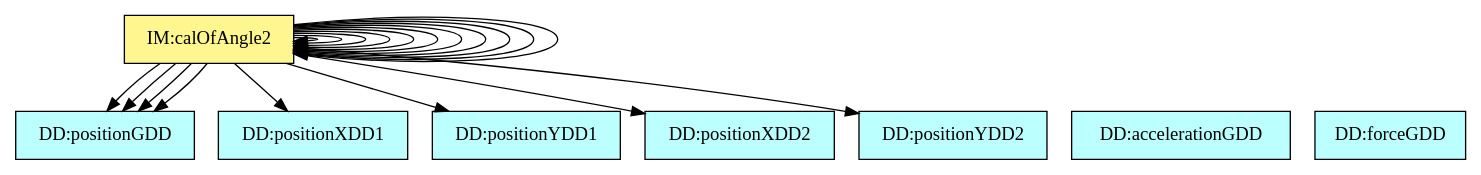
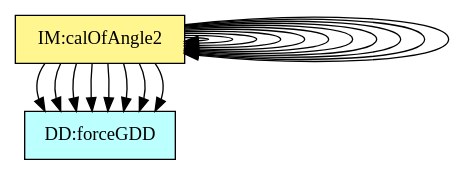
Before and after one commit to JacquesCarette/Drasil: the diagram in code/stable/dblpend/TraceyGraph/refvsref.dot, drawn with Graphviz. The commit also changed 46 other files, not shown here.

Commit message:
#2873 : Change UIDs of DataDefinitions, force them to be added to the Term_Cache_ too.

```diff
--- a/code/stable/dblpend/TraceyGraph/refvsref.dot
+++ b/code/stable/dblpend/TraceyGraph/refvsref.dot
@@ -1,71 +1,71 @@
 digraph refvsref {
-	theory:v_x1 -> velocity;
-	theory:v_x1 -> p_x1;
-	theory:v_y1 -> velocity;
-	theory:v_y1 -> p_y1;
-	theory:v_x2 -> velocity;
-	theory:v_x2 -> p_x2;
-	theory:v_y2 -> velocity;
-	theory:v_y2 -> p_y2;
+	theory:v_x1 -> dataDefn:velocity;
+	theory:v_x1 -> dataDefn:p_x1;
+	theory:v_y1 -> dataDefn:velocity;
+	theory:v_y1 -> dataDefn:p_y1;
+	theory:v_x2 -> dataDefn:velocity;
+	theory:v_x2 -> dataDefn:p_x2;
+	theory:v_y2 -> dataDefn:velocity;
+	theory:v_y2 -> dataDefn:p_y2;
 	theory:angleIM1 -> theory:angleIM2;
 	theory:angleIM2 -> theory:a_x1;
 	theory:angleIM2 -> theory:a_y1;
 	theory:angleIM2 -> theory:a_x2;
 	theory:angleIM2 -> theory:a_y2;
 	theory:angleIM2 -> theory:xForce1;
 	theory:angleIM2 -> theory:yForce1;
 	theory:angleIM2 -> theory:xForce2;
 	theory:angleIM2 -> theory:yForce2;
 	theory:angleIM2 -> theory:angleIM1;
 	theory:angleIM2 -> theory:angleIM2;
 
 
-	velocity	[shape=box, color=black, style=filled, fillcolor=paleturquoise1, label="DD:positionGDD"];
-	p_x1	[shape=box, color=black, style=filled, fillcolor=paleturquoise1, label="DD:positionXDD1"];
-	p_y1	[shape=box, color=black, style=filled, fillcolor=paleturquoise1, label="DD:positionYDD1"];
-	p_x2	[shape=box, color=black, style=filled, fillcolor=paleturquoise1, label="DD:positionXDD2"];
-	p_y2	[shape=box, color=black, style=filled, fillcolor=paleturquoise1, label="DD:positionYDD2"];
-	acceleration	[shape=box, color=black, style=filled, fillcolor=paleturquoise1, label="DD:accelerationGDD"];
-	force	[shape=box, color=black, style=filled, fillcolor=paleturquoise1, label="DD:forceGDD"];
+	dataDefn:velocity	[shape=box, color=black, style=filled, fillcolor=paleturquoise1, label="DD:positionGDD"];
+	dataDefn:p_x1	[shape=box, color=black, style=filled, fillcolor=paleturquoise1, label="DD:positionXDD1"];
+	dataDefn:p_y1	[shape=box, color=black, style=filled, fillcolor=paleturquoise1, label="DD:positionYDD1"];
+	dataDefn:p_x2	[shape=box, color=black, style=filled, fillcolor=paleturquoise1, label="DD:positionXDD2"];
+	dataDefn:p_y2	[shape=box, color=black, style=filled, fillcolor=paleturquoise1, label="DD:positionYDD2"];
+	dataDefn:acceleration	[shape=box, color=black, style=filled, fillcolor=paleturquoise1, label="DD:accelerationGDD"];
+	dataDefn:force	[shape=box, color=black, style=filled, fillcolor=paleturquoise1, label="DD:forceGDD"];
 
 	subgraph DD {
 	rank="same"
-	{velocity, p_x1, p_y1, p_x2, p_y2, acceleration, force}
+	{dataDefn:velocity, dataDefn:p_x1, dataDefn:p_y1, dataDefn:p_x2, dataDefn:p_y2, dataDefn:acceleration, dataDefn:force}
 	}
 
 	theory:accelerationTM	[shape=box, color=black, style=filled, fillcolor=pink, label="TM:acceleration"];
 	theory:velocityTM	[shape=box, color=black, style=filled, fillcolor=pink, label="TM:velocity"];
 	theory:newtonSL	[shape=box, color=black, style=filled, fillcolor=pink, label="TM:NewtonSecLawMot"];
 
 	subgraph TM {
 	rank="same"
 	{theory:accelerationTM, theory:velocityTM, theory:newtonSL}
 	}
 
 	theory:v_x1	[shape=box, color=black, style=filled, fillcolor=palegreen, label="GD:velocityX1"];
 	theory:v_y1	[shape=box, color=black, style=filled, fillcolor=palegreen, label="GD:velocityY1"];
 	theory:v_x2	[shape=box, color=black, style=filled, fillcolor=palegreen, label="GD:velocityX2"];
 	theory:v_y2	[shape=box, color=black, style=filled, fillcolor=palegreen, label="GD:velocityY2"];
 	theory:a_x1	[shape=box, color=black, style=filled, fillcolor=palegreen, label="GD:accelerationX1"];
 	theory:a_y1	[shape=box, color=black, style=filled, fillcolor=palegreen, label="GD:accelerationY1"];
 	theory:a_x2	[shape=box, color=black, style=filled, fillcolor=palegreen, label="GD:accelerationX2"];
 	theory:a_y2	[shape=box, color=black, style=filled, fillcolor=palegreen, label="GD:accelerationY2"];
 	theory:xForce1	[shape=box, color=black, style=filled, fillcolor=palegreen, label="GD:xForce1"];
 	theory:yForce1	[shape=box, color=black, style=filled, fillcolor=palegreen, label="GD:yForce1"];
 	theory:xForce2	[shape=box, color=black, style=filled, fillcolor=palegreen, label="GD:xForce2"];
 	theory:yForce2	[shape=box, color=black, style=filled, fillcolor=palegreen, label="GD:yForce2"];
 
 	subgraph GD {
 	rank="same"
 	{theory:v_x1, theory:v_y1, theory:v_x2, theory:v_y2, theory:a_x1, theory:a_y1, theory:a_x2, theory:a_y2, theory:xForce1, theory:yForce1, theory:xForce2, theory:yForce2}
 	}
 
 	theory:angleIM1	[shape=box, color=black, style=filled, fillcolor=khaki1, label="IM:calOfAngle1"];
 	theory:angleIM2	[shape=box, color=black, style=filled, fillcolor=khaki1, label="IM:calOfAngle2"];
 
 	subgraph IM {
 	rank="same"
 	{theory:angleIM1, theory:angleIM2}
 	}
 
 }
```
